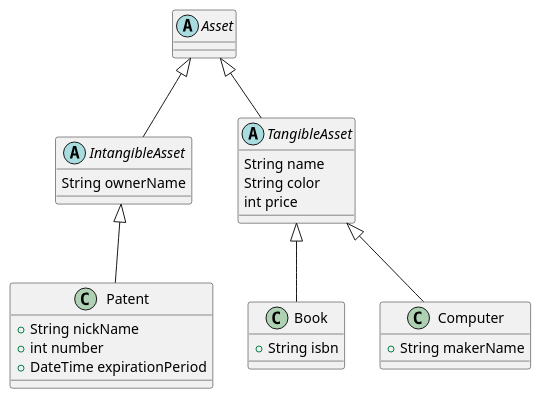
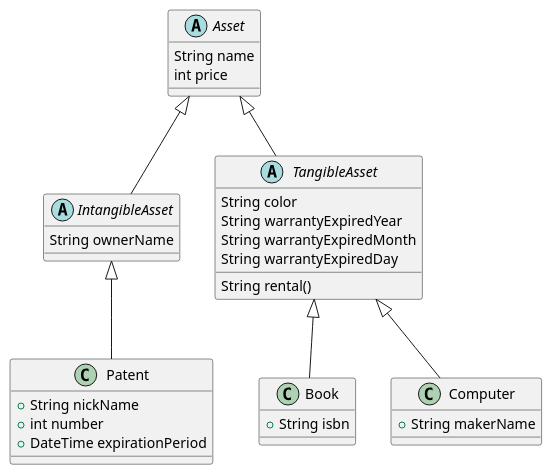
The diagram in lib/240313/uml/practice_2_uml.puml (orm-camp-flutter-2ki/learn_dart_together), drawn with PlantUML before and after one commit.

Commit message:
fix: 연습 문제 2 uml 수정

```diff
--- a/lib/240313/uml/practice_2_uml.puml
+++ b/lib/240313/uml/practice_2_uml.puml
@@ -1,37 +1,42 @@
 @startuml
 
 abstract class Asset {
+String name
+int price
 }
 
 '무형 자산
 abstract class IntangibleAsset extends Asset{
 String ownerName
 }
 
 '유형 자산
 abstract class TangibleAsset extends Asset{
-String name
 String color
-int price
+String warrantyExpiredYear
+String warrantyExpiredMonth
+String warrantyExpiredDay
+
+String rental()
 }
 
 '무형 자산 상속
 class Patent extends IntangibleAsset {
 '특허 명칭
 + String nickName
 '특허 번호
 + int number
 + DateTime expirationPeriod
 }
 
 '유형 자산 상속
 class Book extends TangibleAsset {
 + String isbn
 }
 
 '유형 자산 상속
 class Computer extends TangibleAsset {
 + String makerName
 }
 
 @enduml
```
